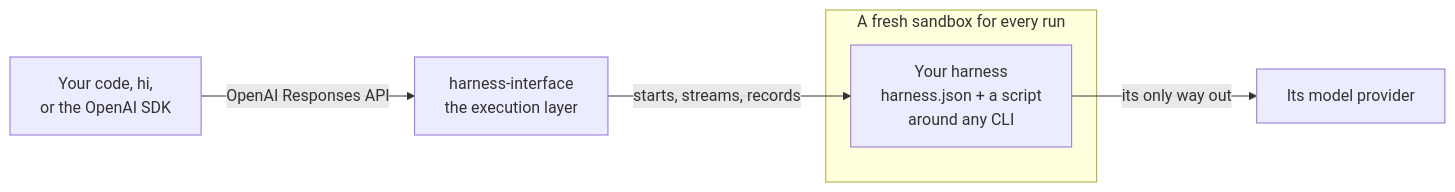
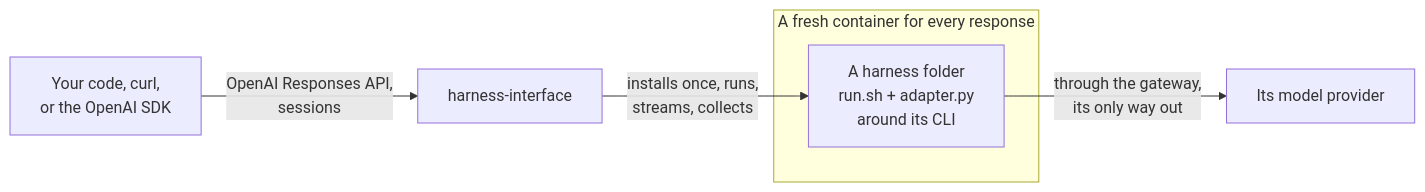
Before and after one commit to mrcloudchase/harness-interface: the diagram in README.md, drawn with Mermaid. The commit also changed other lines of this file and 137 other files, not shown here.

````diff
--- a/README.md
+++ b/README.md
@@ -109,9 +86,9 @@
 ```mermaid
 flowchart LR
-  C["Your code, hi,<br>or the OpenAI SDK"] -->|OpenAI Responses API| S["harness-interface<br>the execution layer"]
-  S -->|starts, streams, records| H
-  subgraph SB["A fresh sandbox for every run"]
-    H["Your harness<br>harness.json + a script<br>around any CLI"]
+  C["Your code, curl,<br>or the OpenAI SDK"] -->|OpenAI Responses API,<br>sessions| S["harness-interface"]
+  S -->|installs once, runs,<br>streams, collects| H
+  subgraph SB["A fresh container for every response"]
+    H["A harness folder<br>run.sh + adapter.py<br>around its CLI"]
   end
-  H -->|its only way out| P["Its model provider"]
+  H -->|through the gateway,<br>its only way out| P["Its model provider"]
 ```
````
